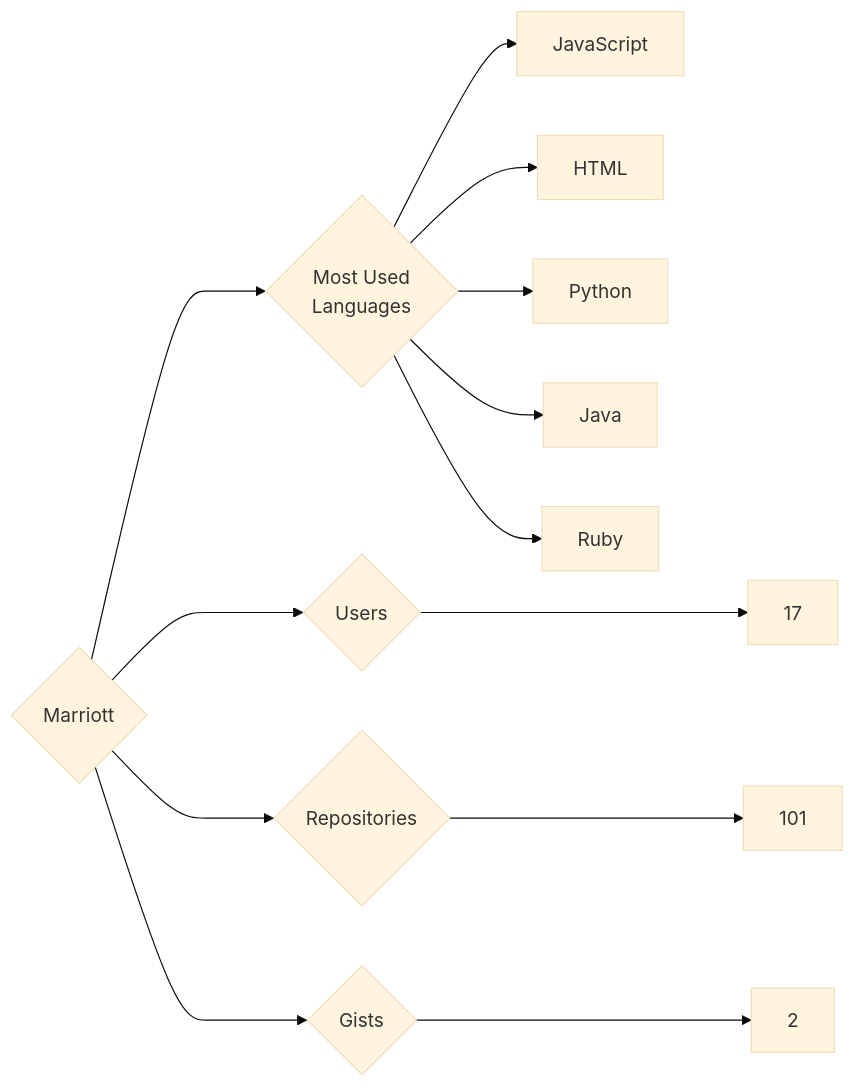
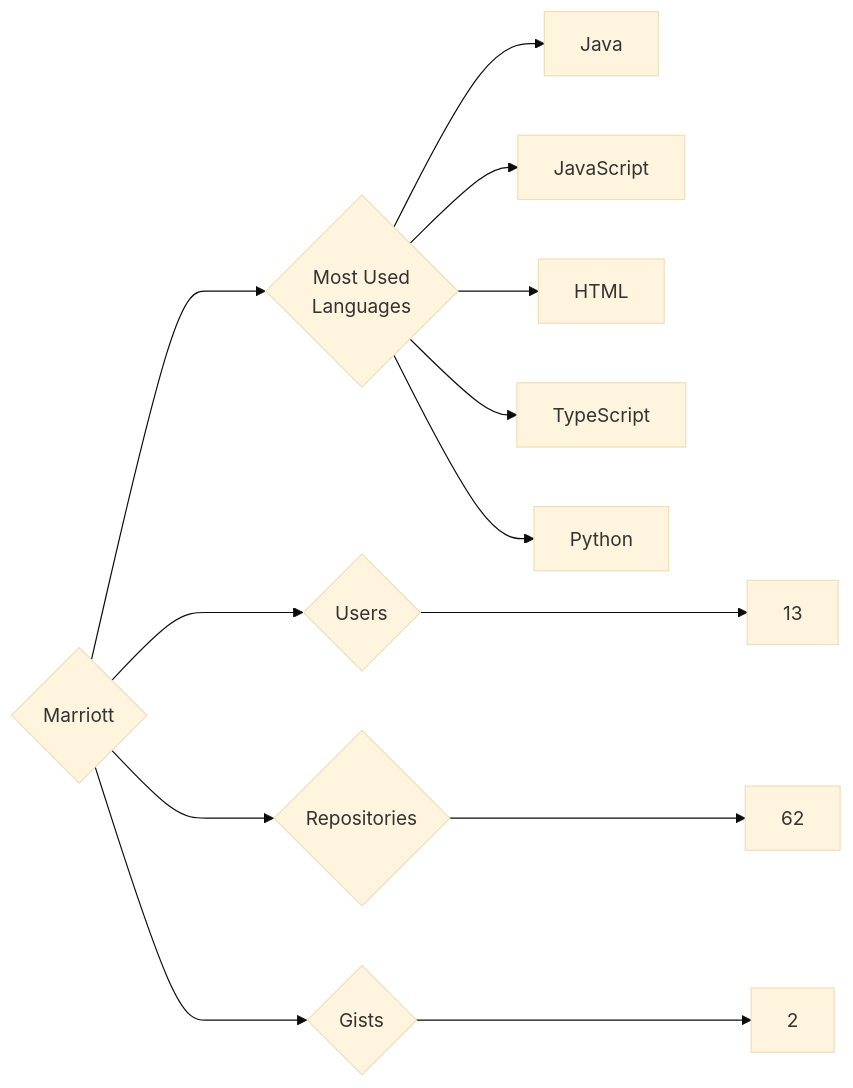
One commit to trickest/insiders changed the diagram in targets/Marriott/README.md. Above: the diagram before and after it, drawn with Mermaid (base theme). The commit also changed 799 other files, not shown here.

````diff
--- a/targets/Marriott/README.md
+++ b/targets/Marriott/README.md
@@ -3,13 +3,13 @@
 ```mermaid
 graph LR
 COMPANY_NAME{Marriott}
-COMPANY_NAME ---> U{Users} ---> UN[17]
-COMPANY_NAME ---> R{Repositories} ---> RN[101]
+COMPANY_NAME ---> U{Users} ---> UN[13]
+COMPANY_NAME ---> R{Repositories} ---> RN[62]
 COMPANY_NAME ---> G{Gists} ---> GN[2]
 COMPANY_NAME ---> ML{Most Used<br>Languages}
+ML --> Java[Java]
 ML --> JavaScript[JavaScript]
 ML --> HTML[HTML]
+ML --> TypeScript[TypeScript]
 ML --> Python[Python]
-ML --> Java[Java]
-ML --> Ruby[Ruby]
 ```
````
